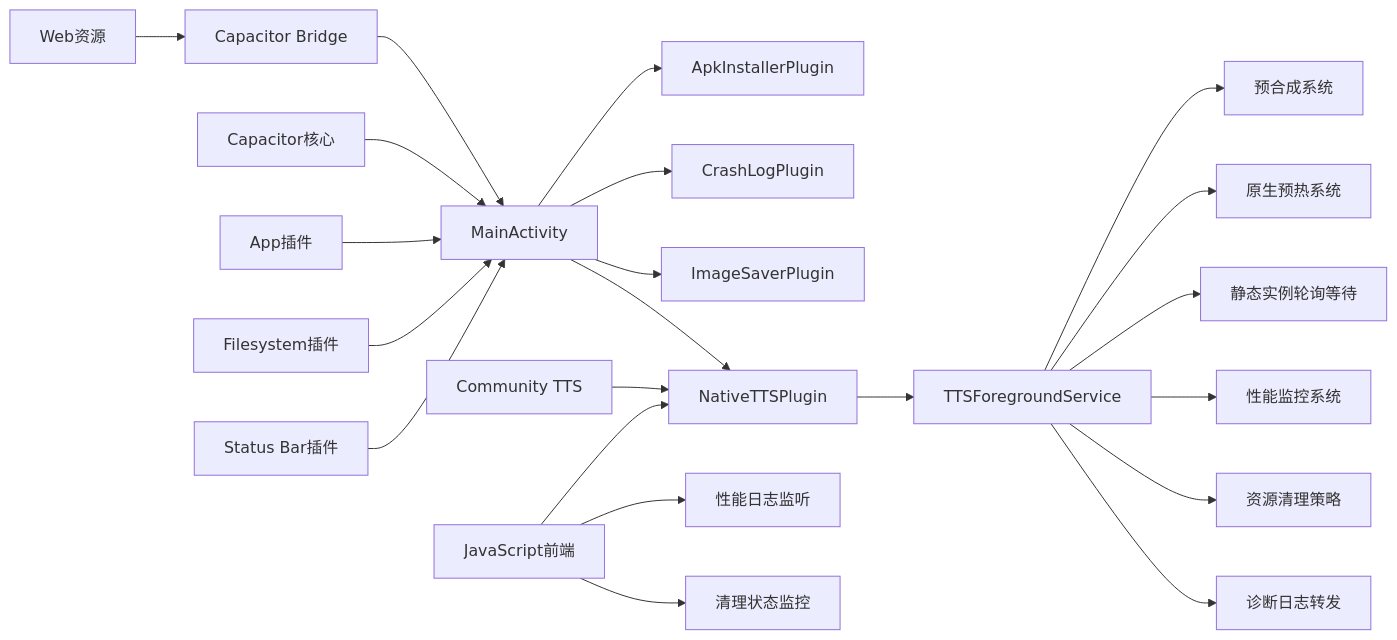
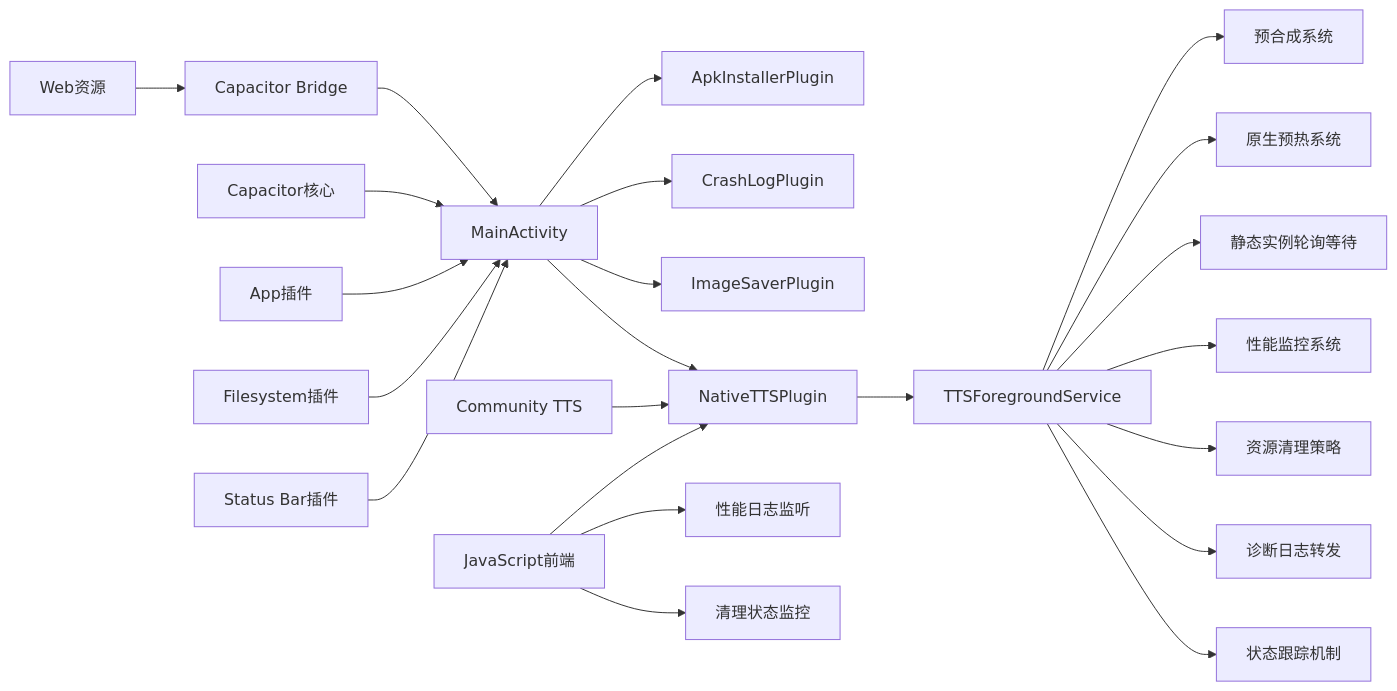
Diagram 11 of 11 in .qoder/repowiki/zh/content/移动应用开发/移动应用开发.md (zhao-zg/cx), drawn with Mermaid before and after one commit. The commit also changed other lines of this file and 32 other files, not shown here.

````diff
--- a/.qoder/repowiki/zh/content/移动应用开发/移动应用开发.md
+++ b/.qoder/repowiki/zh/content/移动应用开发/移动应用开发.md
@@ -652,24 +668,25 @@
 ```mermaid
 graph LR
 WEB["Web资源"] --> BRIDGE["Capacitor Bridge"]
 BRIDGE --> MAINACT["MainActivity"]
 MAINACT --> APK["ApkInstallerPlugin"]
 MAINACT --> CRASH["CrashLogPlugin"]
 MAINACT --> IMG["ImageSaverPlugin"]
 MAINACT --> TTS["NativeTTSPlugin"]
 CAP["Capacitor核心"] --> MAINACT
 APP["App插件"] --> MAINACT
 FS["Filesystem插件"] --> MAINACT
 SB["Status Bar插件"] --> MAINACT
 CTTS["Community TTS"] --> TTS
 TTS --> SERVICE["TTSForegroundService"]
 SERVICE --> PRE_SYNTH["预合成系统"]
 SERVICE --> WARMUP["原生预热系统"]
 SERVICE --> POLLING["静态实例轮询等待"]
 SERVICE --> PERF_MONITOR["性能监控系统"]
 SERVICE --> RESOURCE_CLEAN["资源清理策略"]
 SERVICE --> LOG_FORWARD["诊断日志转发"]
+SERVICE --> STATUS_TRACK["状态跟踪机制"]
 JAVASCRIPT["JavaScript前端"] --> TTS
 JAVASCRIPT --> PERF_LOG["性能日志监听"]
 JAVASCRIPT --> CLEAN_LOG["清理状态监控"]
 ```
````
